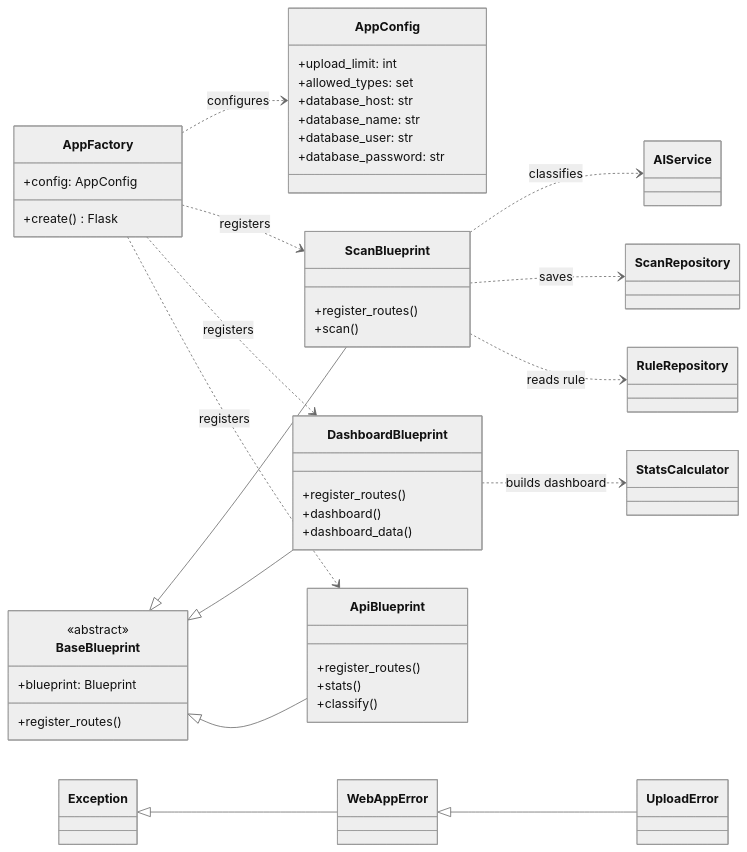
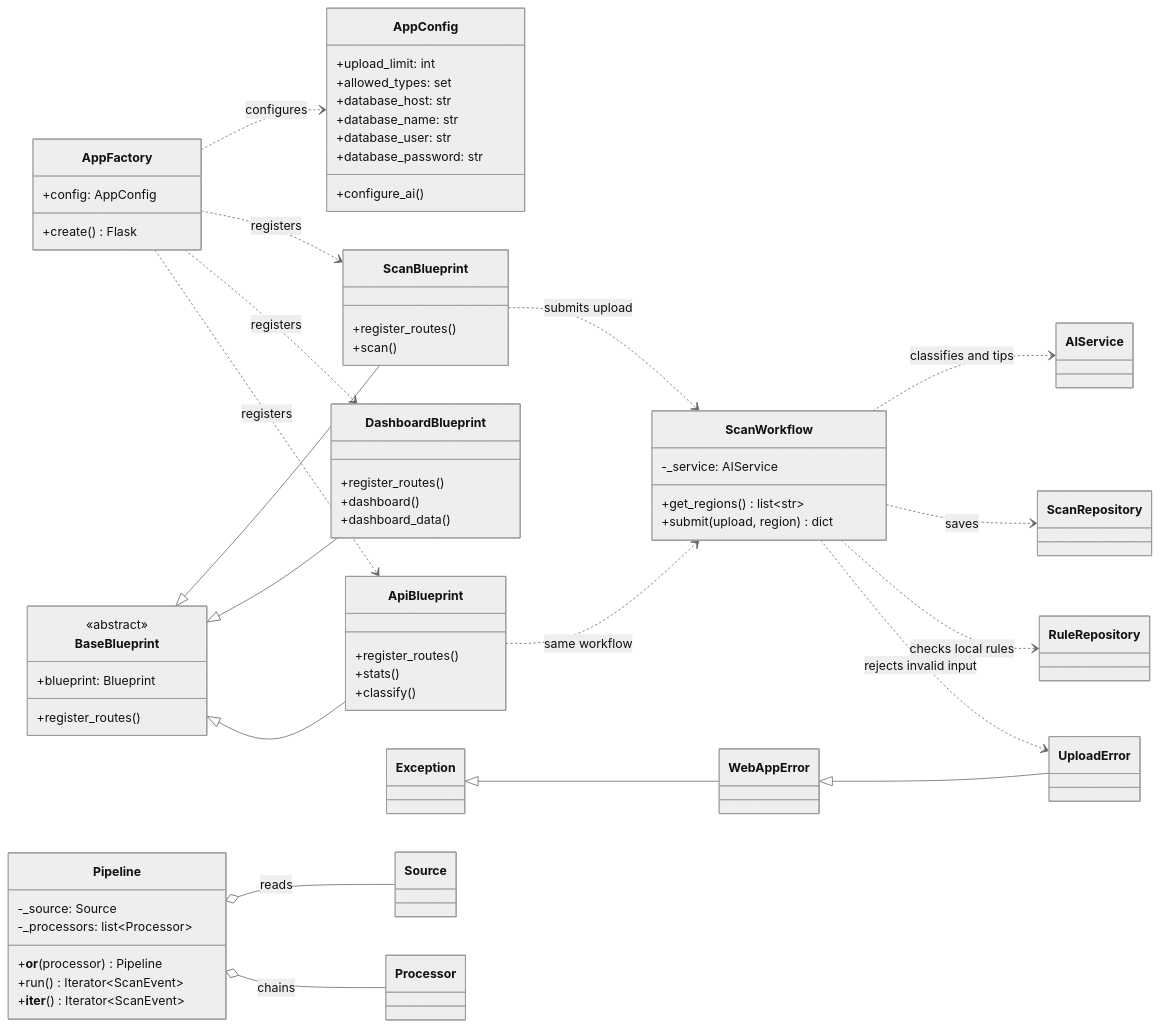
The second of 6 diagrams in README.md (Timmyy3000/waste-sorting-assistant), drawn with Mermaid (neutral theme) before and after one commit. The commit also changed other lines of this file and 12 other files, not shown here.

Commit message:
feat(web): connect secure KI provider and shared scan workflow

````diff
--- a/README.md
+++ b/README.md
@@ -76,50 +107,67 @@
 ```mermaid
 classDiagram
     direction LR
     class AppConfig {
         +upload_limit: int
         +allowed_types: set
         +database_host: str
         +database_name: str
         +database_user: str
         +database_password: str
+        +configure_ai()
     }
     class AppFactory {
         +config: AppConfig
         +create() Flask
     }
     class BaseBlueprint {
         <<abstract>>
         +blueprint: Blueprint
         +register_routes()
     }
     class ScanBlueprint {
         +register_routes()
         +scan()
     }
+    class ScanWorkflow {
+        -_service: AIService
+        +get_regions() list~str~
+        +submit(upload, region) dict
+    }
     class DashboardBlueprint {
         +register_routes()
         +dashboard()
         +dashboard_data()
     }
     class ApiBlueprint {
         +register_routes()
         +stats()
         +classify()
     }
     class WebAppError
     class UploadError
+    class Pipeline {
+        -_source: Source
+        -_processors: list~Processor~
+        +__or__(processor) Pipeline
+        +run() Iterator~ScanEvent~
+        +__iter__() Iterator~ScanEvent~
+    }
     BaseBlueprint <|-- ScanBlueprint
     BaseBlueprint <|-- DashboardBlueprint
     BaseBlueprint <|-- ApiBlueprint
     Exception <|-- WebAppError
     WebAppError <|-- UploadError
     AppFactory ..> AppConfig : configures
     AppFactory ..> ScanBlueprint : registers
     AppFactory ..> DashboardBlueprint : registers
     AppFactory ..> ApiBlueprint : registers
-    ScanBlueprint ..> AIService : classifies
-    ScanBlueprint ..> ScanRepository : saves
-    ScanBlueprint ..> RuleRepository : reads rule
-    DashboardBlueprint ..> StatsCalculator : builds dashboard
+    ScanBlueprint ..> ScanWorkflow : submits upload
+    ApiBlueprint ..> ScanWorkflow : same workflow
+    ScanWorkflow ..> AIService : classifies and tips
+    ScanWorkflow ..> ScanRepository : saves
+    ScanWorkflow ..> RuleRepository : checks local rules
+    ScanWorkflow ..> UploadError : rejects invalid input
+    Pipeline o-- Source : reads
+    Pipeline o-- Processor : chains
 ```
````
